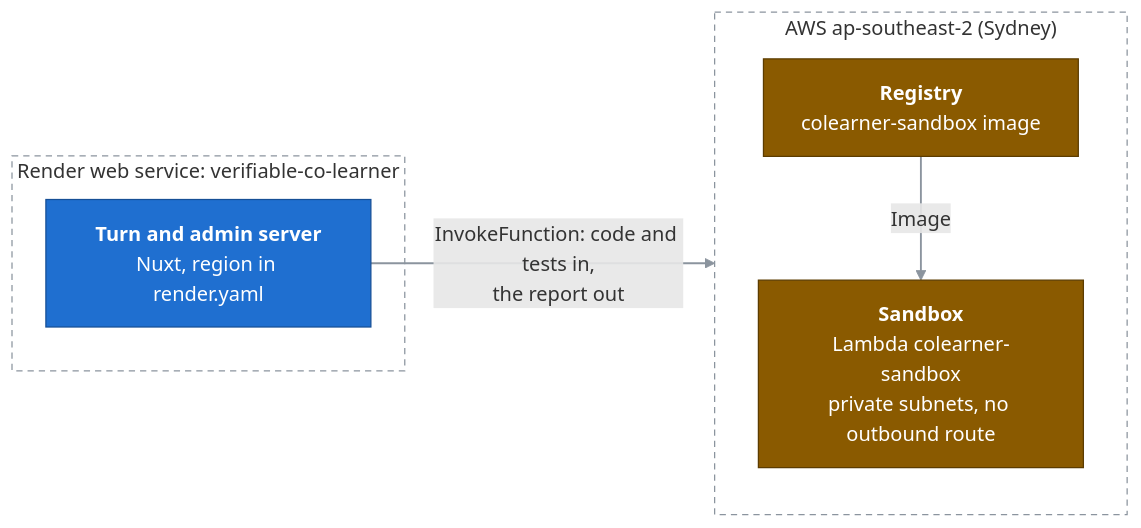
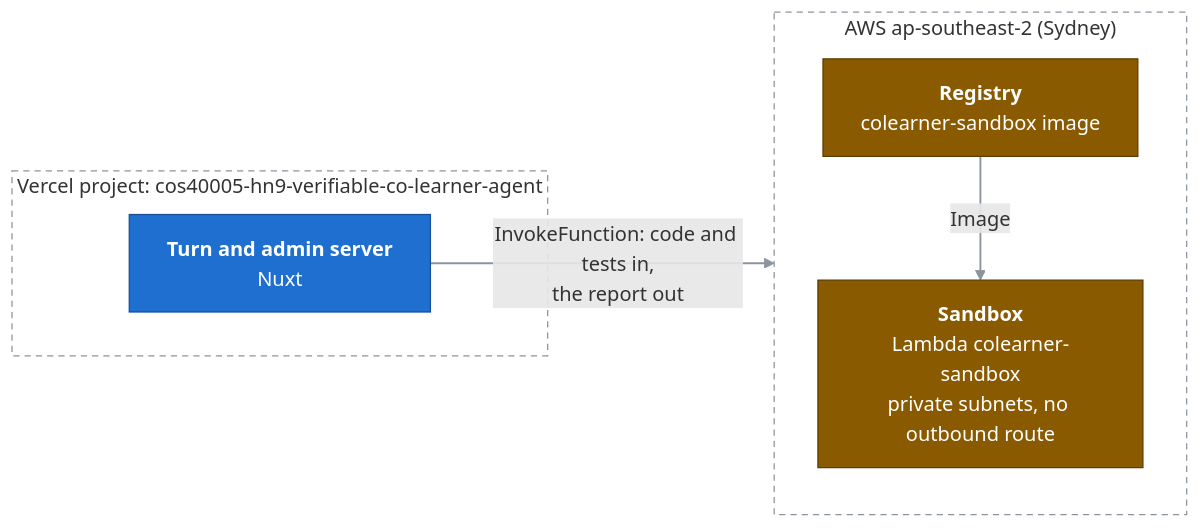
The second of 2 diagrams in docs/c4/04-deployment.md (Bill2926/COS40005_HN9_Verifiable_Co-Learner_Agent), drawn with Mermaid before and after one commit. The commit also changed other lines of this file and 6 other files, not shown here.

First line of the commit message:
Stop calling Render after schema push.

````diff
--- a/docs/c4/04-deployment.md
+++ b/docs/c4/04-deployment.md
@@ -110,22 +111,22 @@
 ```mermaid
 flowchart LR
   classDef comp fill:#1f6fd0,stroke:#164f96,color:#ffffff
   classDef ext fill:#8a5a00,stroke:#5c3c00,color:#ffffff
   linkStyle default stroke:#8b949e,stroke-width:1.5px
 
-  subgraph render["Render web service: verifiable-co-learner"]
-    server["<b>Turn and admin server</b><br/>Nuxt, region in render.yaml"]:::comp
+  subgraph host["Vercel project: cos40005-hn9-verifiable-co-learner-agent"]
+    server["<b>Turn and admin server</b><br/>Nuxt"]:::comp
   end
 
   subgraph sydney["AWS ap-southeast-2 (Sydney)"]
     direction TB
     registry["<b>Registry</b><br/>colearner-sandbox image"]:::ext
     sandbox["<b>Sandbox</b><br/>Lambda colearner-sandbox<br/>private subnets, no outbound route"]:::ext
   end
 
   server -->|"InvokeFunction: code and tests in,<br/>the report out"| sandbox
   registry -->|"Image"| sandbox
 
-  style render fill:none,stroke:#8b949e,stroke-dasharray:5 4
+  style host fill:none,stroke:#8b949e,stroke-dasharray:5 4
   style sydney fill:none,stroke:#8b949e,stroke-dasharray:5 4
 ```
````
